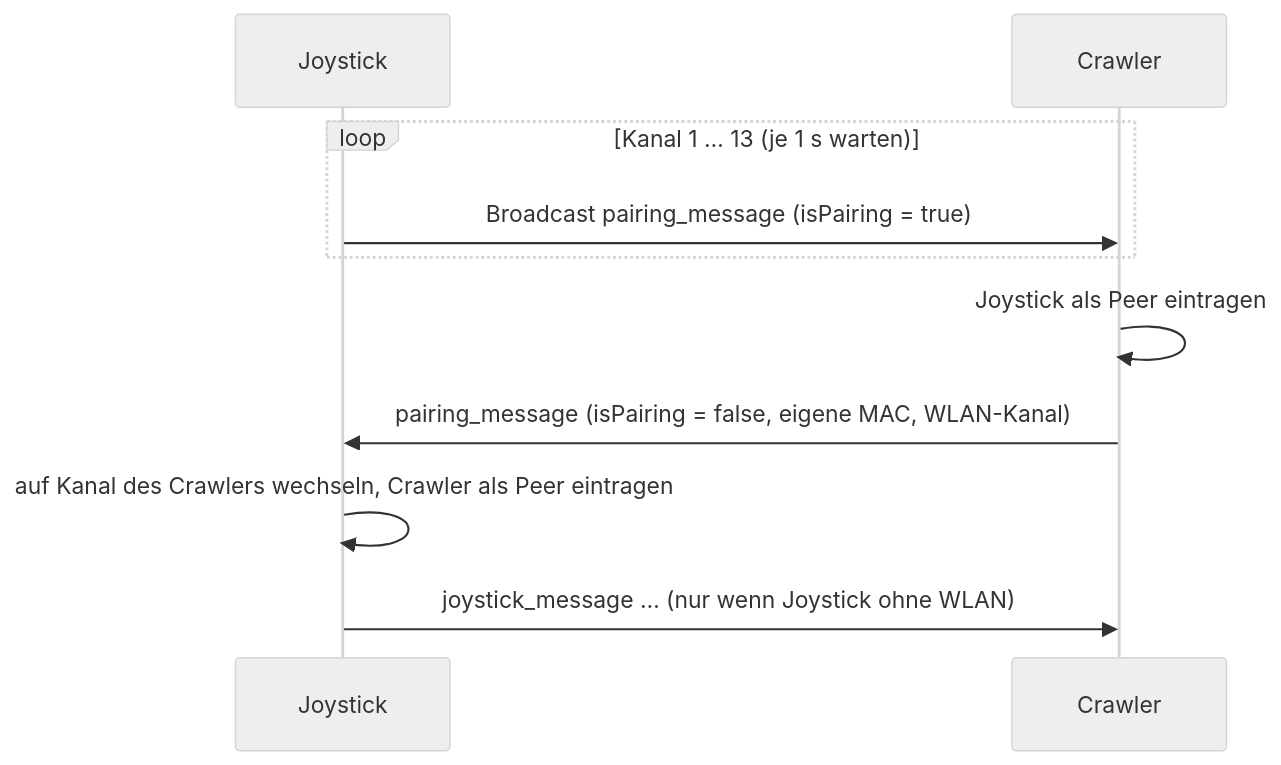
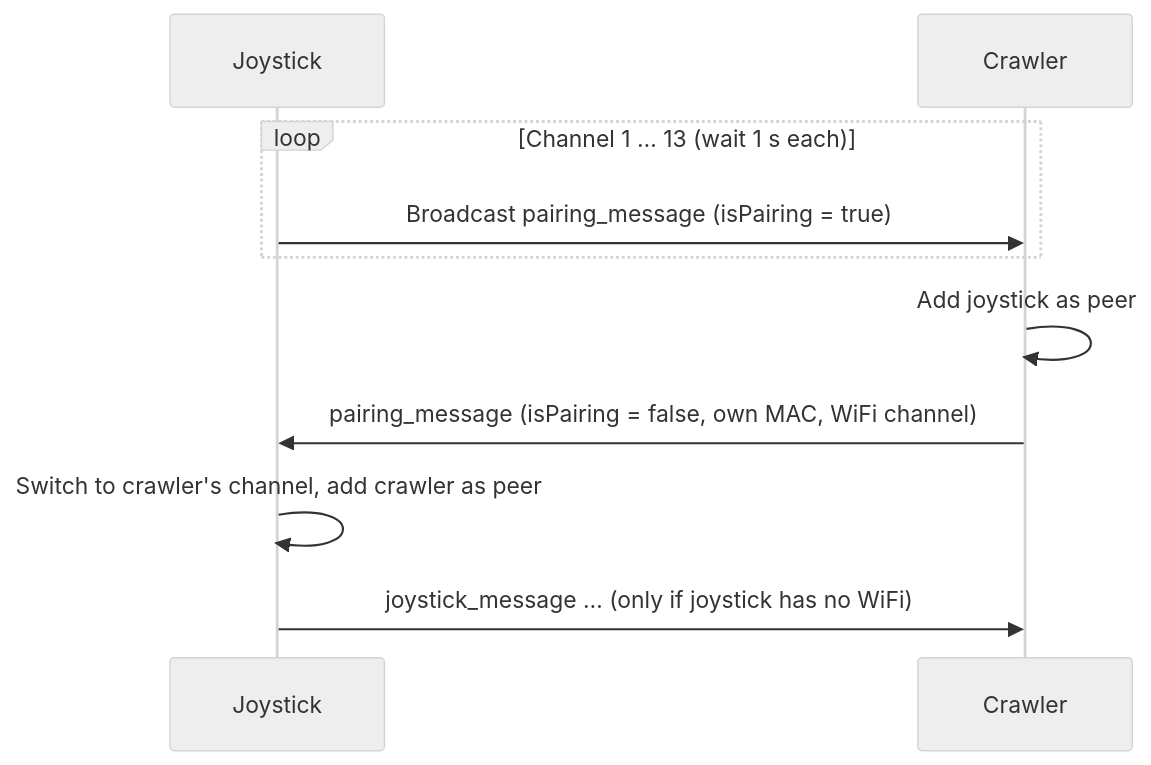
Before and after one commit to smily77/Crawler: the second of 2 diagrams in README.md, drawn with Mermaid (neutral theme). The commit also changed other lines of this file and 15 other files, not shown here.

````diff
--- a/README.md
+++ b/README.md
@@ -130,12 +132,12 @@
 ```mermaid
 sequenceDiagram
     participant J as Joystick
     participant C as Crawler
-    loop Kanal 1 … 13 (je 1 s warten)
+    loop Channel 1 … 13 (wait 1 s each)
         J->>C: Broadcast pairing_message (isPairing = true)
     end
-    C->>C: Joystick als Peer eintragen
-    C->>J: pairing_message (isPairing = false, eigene MAC, WLAN-Kanal)
-    J->>J: auf Kanal des Crawlers wechseln, Crawler als Peer eintragen
-    J->>C: joystick_message … (nur wenn Joystick ohne WLAN)
+    C->>C: Add joystick as peer
+    C->>J: pairing_message (isPairing = false, own MAC, WiFi channel)
+    J->>J: Switch to crawler's channel, add crawler as peer
+    J->>C: joystick_message … (only if joystick has no WiFi)
 ```
````
